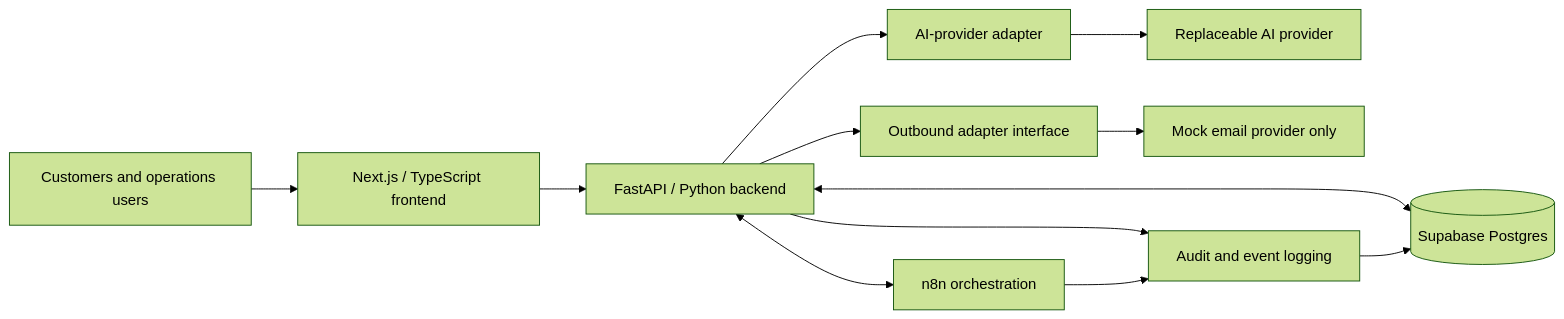
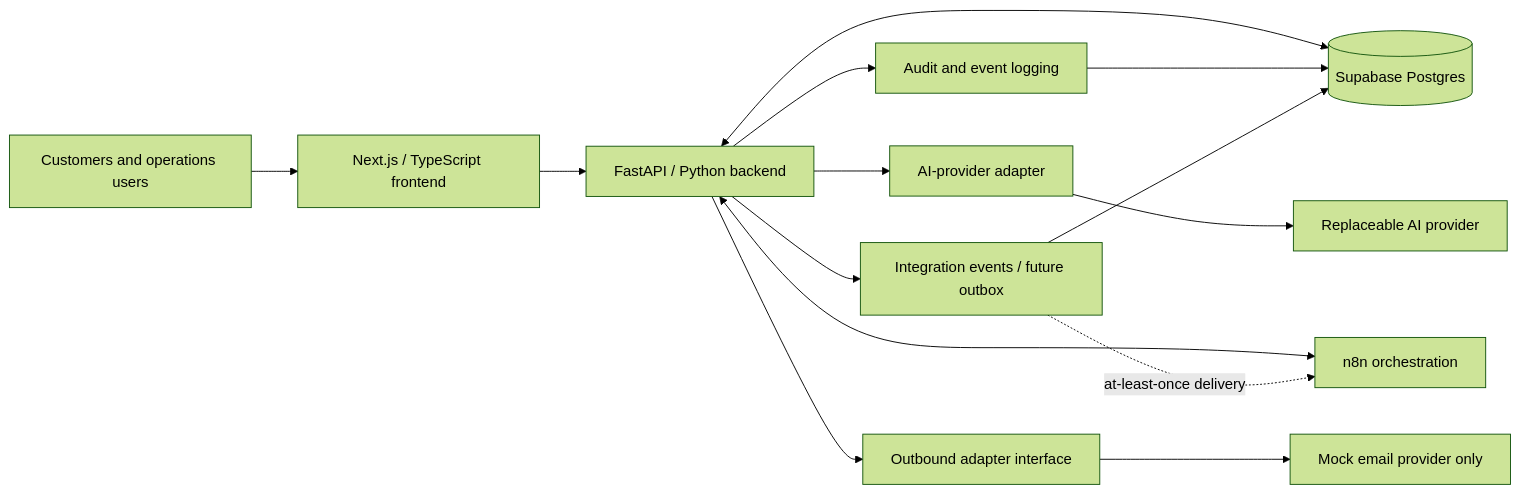
One commit to Ivorocious/AI-oas changed the diagram in docs/architecture.md. Above: the diagram before and after it, drawn with Mermaid (forest theme). The commit also changed other lines of this file and 6 other files, not shown here.

````diff
--- a/docs/architecture.md
+++ b/docs/architecture.md
@@ -9,14 +9,16 @@
 ```mermaid
 flowchart LR
     U["Customers and operations users"] --> F["Next.js / TypeScript frontend"]
     F --> B["FastAPI / Python backend"]
     B <--> D[("Supabase Postgres")]
     B --> A["AI-provider adapter"]
     A --> AP["Replaceable AI provider"]
     B <--> N["n8n orchestration"]
     B --> O["Outbound adapter interface"]
     O --> M["Mock email provider only"]
     B --> E["Audit and event logging"]
-    N --> E
     E --> D
+    B --> X["Integration events / future outbox"]
+    X --> D
+    X -.->|at-least-once delivery| N
 ```
````
